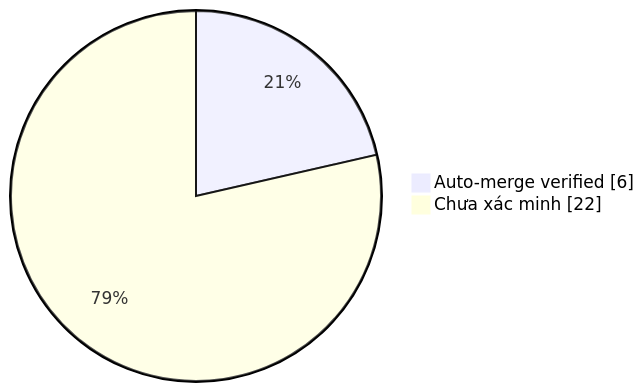
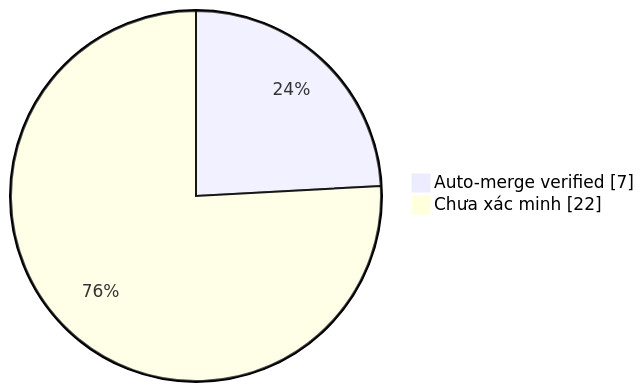
One commit to duykhang68/tetdinhmuiblog changed the diagram in collector.md. Above: the diagram before and after it, drawn with Mermaid. The commit also changed other lines of this file and 1 other file, not shown here.

Commit message:
docs(collector): update auto-merge evidence dashboard

````diff
--- a/collector.md
+++ b/collector.md
@@ -22,5 +22,5 @@
 ```mermaid
 pie showData
-    "Auto-merge verified" : 6
+    "Auto-merge verified" : 7
     "Chưa xác minh" : 22
 ```
````
